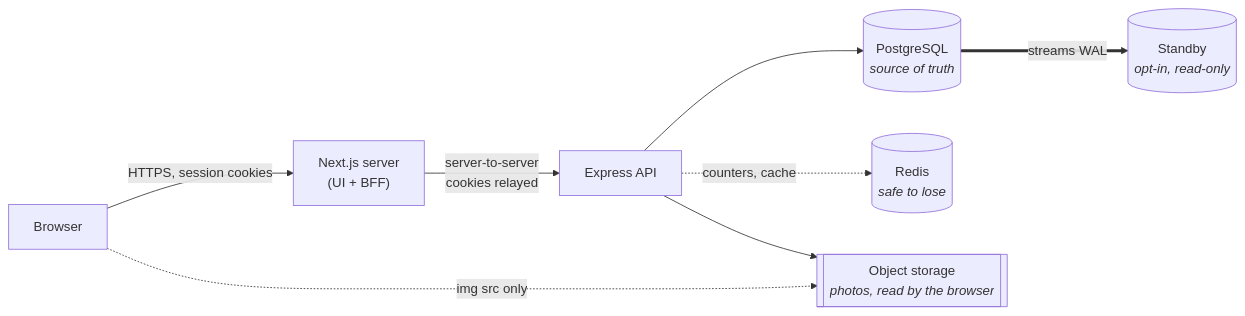
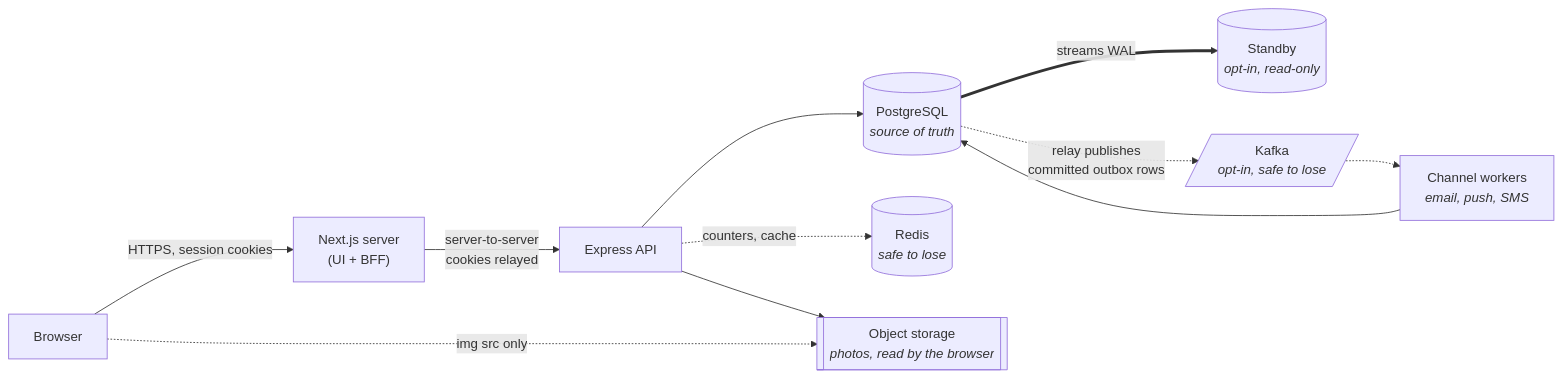
Before and after one commit to prefierolasoledad/Kintsugi: the diagram in docs/architecture/README.md, drawn with Mermaid. The commit also changed other lines of this file and 28 other files, not shown here.

````diff
--- a/docs/architecture/README.md
+++ b/docs/architecture/README.md
@@ -7,18 +9,23 @@
 ```mermaid
 flowchart LR
     B["Browser"]
     N["Next.js server<br/>(UI + BFF)"]
     E["Express API"]
     P[("PostgreSQL<br/><i>source of truth</i>")]
     R[("Redis<br/><i>safe to lose</i>")]
     S[("Standby<br/><i>opt-in, read-only</i>")]
     F[["Object storage<br/><i>photos, read by the browser</i>"]]
+    K[/"Kafka<br/><i>opt-in, safe to lose</i>"/]
+    W["Channel workers<br/><i>email, push, SMS</i>"]
 
     B -->|HTTPS, session cookies| N
     N -->|"server-to-server<br/>cookies relayed"| E
     E --> P
     E -.->|"counters, cache"| R
     E --> F
     B -.->|"img src only"| F
     P ==>|"streams WAL"| S
+    P -.->|"relay publishes<br/>committed outbox rows"| K
+    K -.-> W
+    W --> P
 ```
````
